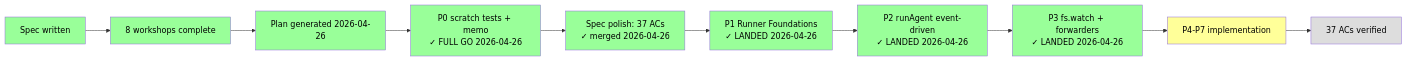
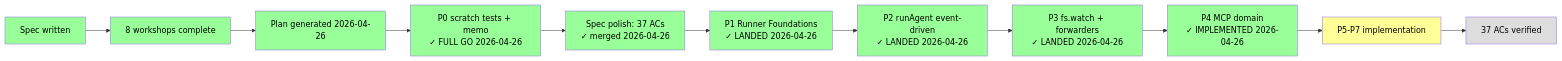
The second of 2 diagrams in docs/plans/007-backgrounding/coordination.fltplan.md (AI-Substrate/minih), drawn with Mermaid before and after one commit. The commit also changed other lines of this file and 34 other files, not shown here.

````diff
--- a/docs/plans/007-backgrounding/coordination.fltplan.md
+++ b/docs/plans/007-backgrounding/coordination.fltplan.md
@@ -146,27 +146,29 @@
 ```mermaid
 graph LR
     Spec[Spec written]:::done
     WS[8 workshops complete]:::done
     Plan[Plan generated 2026-04-26]:::done
     P0[P0 scratch tests + memo<br/>✓ FULL GO 2026-04-26]:::done
     SP[Spec polish: 37 ACs<br/>✓ merged 2026-04-26]:::done
     P1[P1 Runner Foundations<br/>✓ LANDED 2026-04-26]:::done
     P2[P2 runAgent event-driven<br/>✓ LANDED 2026-04-26]:::done
     P3L[P3 fs.watch + forwarders<br/>✓ LANDED 2026-04-26]:::done
-    Remaining[P4-P7 implementation]:::next
+    P4[P4 MCP domain<br/>✓ IMPLEMENTED 2026-04-26]:::done
+    Remaining[P5-P7 implementation]:::next
     Done[37 ACs verified]:::pending
 
     Spec --> WS
     WS --> Plan
     Plan --> P0
     P0 --> SP
     SP --> P1
     P1 --> P2
     P2 --> P3L
-    P3L --> Remaining
+    P3L --> P4
+    P4 --> Remaining
     Remaining --> Done
 
     classDef done fill:#9f9,color:#000
     classDef next fill:#ff9,color:#000
     classDef pending fill:#ddd,color:#000
 ```
````
